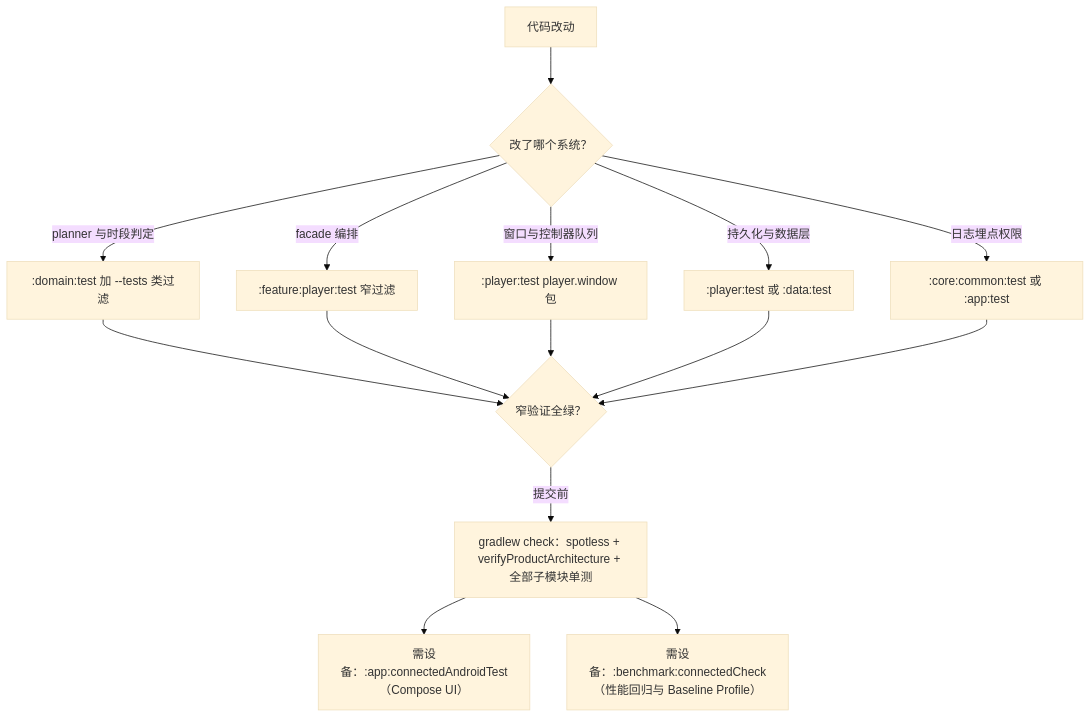
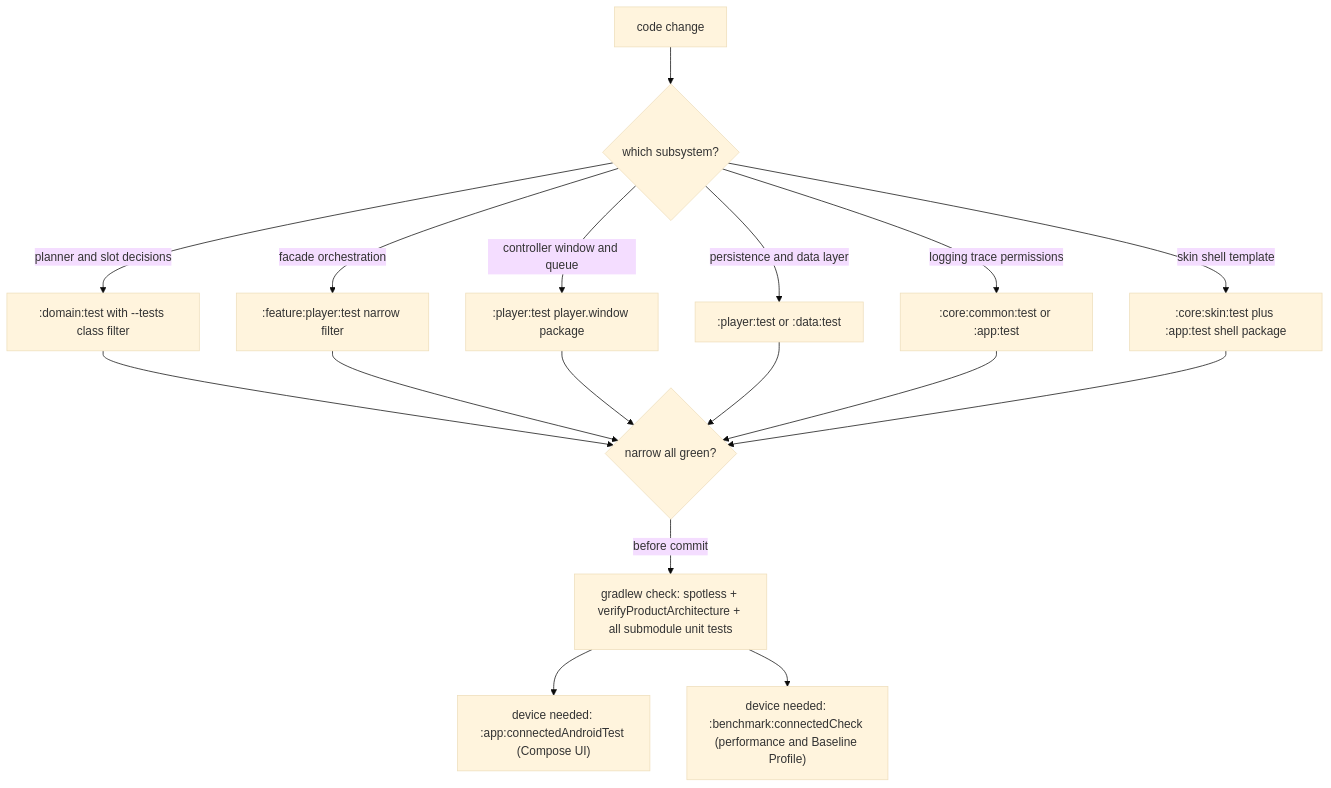
One commit to DefineMyCode/melody-in-heart-x changed the diagram in openwiki/testing/test-map.md. Above: the diagram before and after it, drawn with Mermaid (base theme). The commit also changed other lines of this file and 34 other files, not shown here.

Commit message:
docs(openwiki): 知识库刷新到 v3.10.2(样式切换/多主题/文件校验去重/排序/屏幕方向/导入提速/修复/新增 :core:skin 模块)

````diff
--- a/openwiki/testing/test-map.md
+++ b/openwiki/testing/test-map.md
@@ -117,17 +149,19 @@
 ```mermaid
 flowchart TD
-    CHANGE["代码改动"] --> KIND{"改了哪个系统？"}
-    KIND -->|"planner 与时段判定"| R1[":domain:test 加 --tests 类过滤"]
-    KIND -->|"facade 编排"| R2[":feature:player:test 窄过滤"]
-    KIND -->|"窗口与控制器队列"| R3[":player:test player.window 包"]
-    KIND -->|"持久化与数据层"| R4[":player:test 或 :data:test"]
-    KIND -->|"日志埋点权限"| R5[":core:common:test 或 :app:test"]
-    R1 --> GREEN{"窄验证全绿？"}
+    CHANGE["code change"] --> KIND{"which subsystem?"}
+    KIND -->|"planner and slot decisions"| R1[":domain:test with --tests class filter"]
+    KIND -->|"facade orchestration"| R2[":feature:player:test narrow filter"]
+    KIND -->|"controller window and queue"| R3[":player:test player.window package"]
+    KIND -->|"persistence and data layer"| R4[":player:test or :data:test"]
+    KIND -->|"logging trace permissions"| R5[":core:common:test or :app:test"]
+    KIND -->|"skin shell template"| R6[":core:skin:test plus :app:test shell package"]
+    R1 --> GREEN{"narrow all green?"}
     R2 --> GREEN
     R3 --> GREEN
     R4 --> GREEN
     R5 --> GREEN
-    GREEN -->|"提交前"| CHECK["gradlew check：spotless + verifyProductArchitecture + 全部子模块单测"]
-    CHECK --> DEVICE["需设备：:app:connectedAndroidTest（Compose UI）"]
-    CHECK --> BENCH["需设备：:benchmark:connectedCheck（性能回归与 Baseline Profile）"]
+    R6 --> GREEN
+    GREEN -->|"before commit"| CHECK["gradlew check: spotless + verifyProductArchitecture + all submodule unit tests"]
+    CHECK --> DEVICE["device needed: :app:connectedAndroidTest (Compose UI)"]
+    CHECK --> BENCH["device needed: :benchmark:connectedCheck (performance and Baseline Profile)"]
 ```
````
